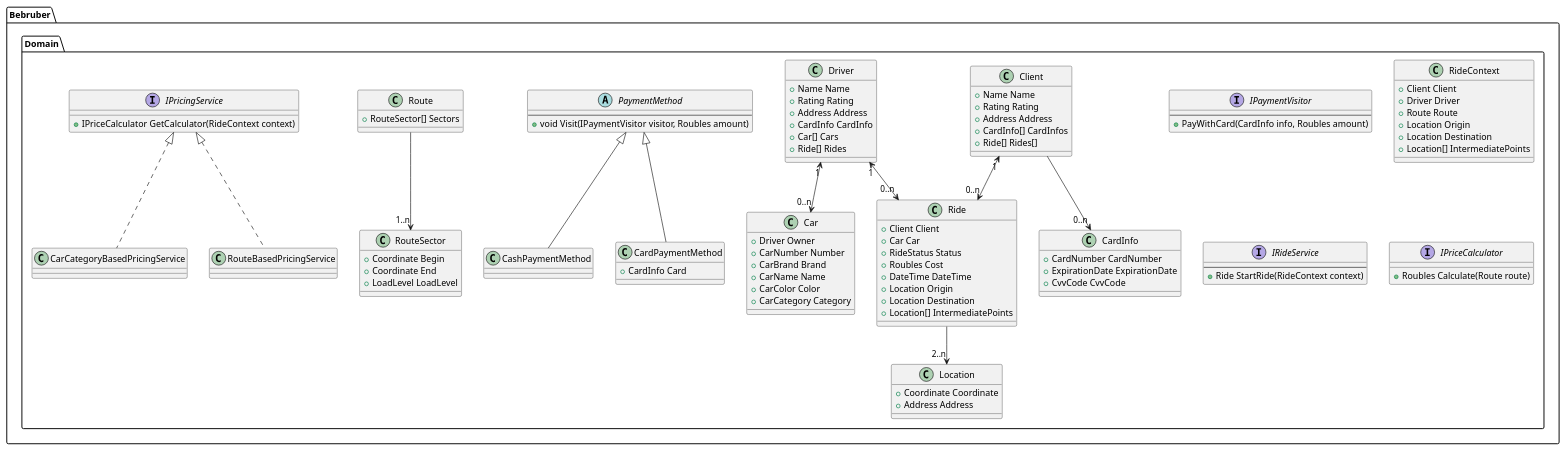
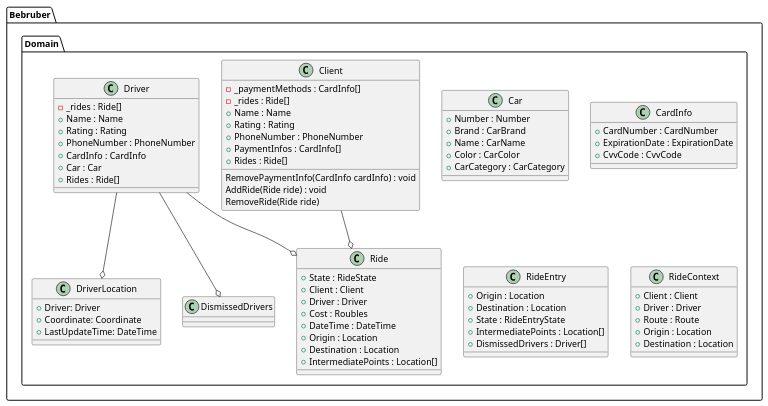
One commit to is-oop-y24/bebruber changed the diagram in docs/structure.puml. Above: the diagram before and after it, drawn with PlantUML.

Commit message:
domain class

```diff
--- a/docs/structure.puml
+++ b/docs/structure.puml
@@ -1,136 +1,91 @@
 @startuml Structure
 'https://plantuml.com/class-diagram
 
 package Bebruber.Domain
 {
+    class Car
+    {
+        +Number : Number
+        +Brand : CarBrand
+        +Name : CarName
+        +Color : CarColor
+        +CarCategory : CarCategory
+    }
+
+    class CardInfo
+    {
+        +CardNumber : CardNumber
+        +ExpirationDate : ExpirationDate
+        +CvvCode : CvvCode
+    }
+
     class Client
     {
-        + Name Name
-        + Rating Rating
-        + Address Address
-        + CardInfo[] CardInfos
-        + Ride[] Rides[]
+        -_paymentMethods : CardInfo[]
+        -_rides : Ride[]
+        +Name : Name
+        +Rating : Rating
+        +PhoneNumber : PhoneNumber
+        +PaymentInfos : CardInfo[]
+        +Rides : Ride[]
+        
+        RemovePaymentInfo(CardInfo cardInfo) : void
+        AddRide(Ride ride) : void
+        RemoveRide(Ride ride)
     }
 
     class Driver
     {
-        + Name Name
-        + Rating Rating
-        + Address Address
-        + CardInfo CardInfo
-        + Car[] Cars
-        + Ride[] Rides
+        -_rides : Ride[]
+        +Name : Name
+        +Rating : Rating
+        +PhoneNumber : PhoneNumber
+        +CardInfo : CardInfo
+        +Car : Car
+        +Rides : Ride[]
     }
 
-    class CardInfo
+    class DriverLocation
     {
-        + CardNumber CardNumber
-        + ExpirationDate ExpirationDate
-        + CvvCode CvvCode
-    }
-    
-    interface IPaymentVisitor
-    {
-        --
-        + PayWithCard(CardInfo info, Roubles amount)
-    }
-
-    abstract class PaymentMethod
-    {
-        --
-        + void Visit(IPaymentVisitor visitor, Roubles amount)
-    }
-
-    PaymentMethod <|-- CashPaymentMethod
-    class CashPaymentMethod
-
-    PaymentMethod <|-- CardPaymentMethod
-    class CardPaymentMethod
-    {
-        + CardInfo Card
-    }
-
-    class Car
-    {
-        + Driver Owner
-        + CarNumber Number
-        + CarBrand Brand
-        + CarName Name
-        + CarColor Color
-        + CarCategory Category
+        +Driver: Driver
+        +Coordinate: Coordinate
+        +LastUpdateTime: DateTime
     }
 
     class Ride
     {
-        + Client Client
-        + Car Car
-        + RideStatus Status
-        + Roubles Cost
-        + DateTime DateTime
-        + Location Origin
-        + Location Destination
-        + Location[] IntermediatePoints
+        +State : RideState
+        +Client : Client
+        +Driver : Driver
+        +Cost : Roubles
+        +DateTime : DateTime
+        +Origin : Location
+        +Destination : Location
+        +IntermediatePoints : Location[] 
     }
 
-    class Location
+    class RideEntry
     {
-        + Coordinate Coordinate
-        + Address Address
+        +Origin : Location
+        +Destination : Location
+        +State : RideEntryState
+        +IntermediatePoints : Location[]
+        +DismissedDrivers : Driver[]
     }
 
-    class Route
-    {
-        + RouteSector[] Sectors
-    }
-
-    class RouteSector
-    {
-        + Coordinate Begin
-        + Coordinate End
-        + LoadLevel LoadLevel
-    }
+    Driver --o DriverLocation
+    Driver --o Ride
+    Driver --o DismissedDrivers
+    Client --o Ride
 
     class RideContext
     {
-        + Client Client
-        + Driver Driver
-        + Route Route
-        + Location Origin
-        + Location Destination 
-        + Location[] IntermediatePoints
+        +Client : Client
+        +Driver : Driver
+        +Route : Route
+        +Origin : Location
+        +Destination : Location
     }
-
-    interface IRideService
-    {
-        --
-        + Ride StartRide(RideContext context)
-    }
-
-    interface IPriceCalculator
-    {
-        + Roubles Calculate(Route route)
-    }
-
-    interface IPricingService
-    {
-        + IPriceCalculator GetCalculator(RideContext context)
-    }
-
-    IPricingService <|.. CarCategoryBasedPricingService
-    class CarCategoryBasedPricingService
-
-    IPricingService <|.. RouteBasedPricingService
-    class RouteBasedPricingService
-
-    Client --> "0..n" CardInfo
-    Client "1" <--> "0..n" Ride
-
-    Driver "1" <--> "0..n" Car
-    Driver "1" <--> "0..n" Ride
-
-    Ride --> "2..n" Location
-
-    Route --> "1..n" RouteSector
 }
 
 @enduml
```
